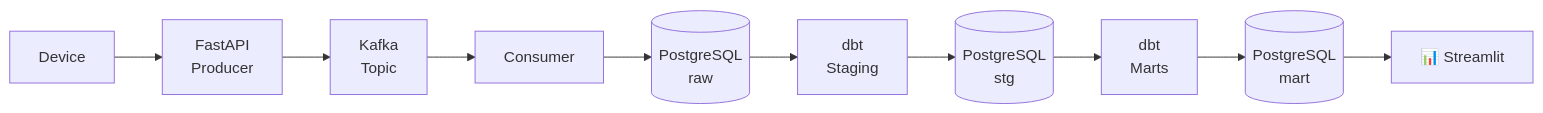
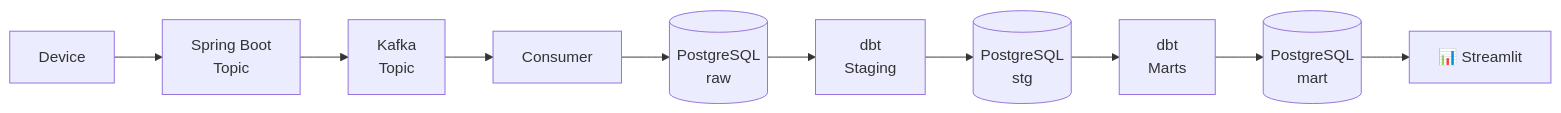
Before and after one commit to kirkalyn13/service-metrics-pipeline: the second of 2 diagrams in README.md, drawn with Mermaid.

Commit message:
docs: spring boot correction

````diff
--- a/README.md
+++ b/README.md
@@ -29,12 +29,12 @@
 ```mermaid
 flowchart LR
-    A[Device] --> B[FastAPI\nProducer]
+    A[Device] --> B[Spring Boot\nTopic]
     B --> C[Kafka\nTopic]
     C --> D[Consumer]
     D --> E[(PostgreSQL\nraw)]
     E --> F[dbt\nStaging]
     F --> G[(PostgreSQL\nstg)]
     G --> H[dbt\nMarts]
     H --> I[(PostgreSQL\nmart)]
     I --> J[📊 Streamlit]
 ```
````
